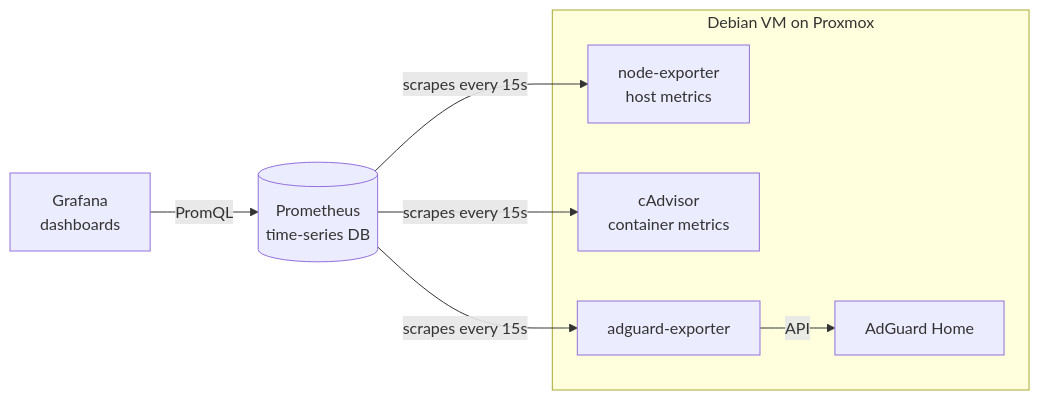
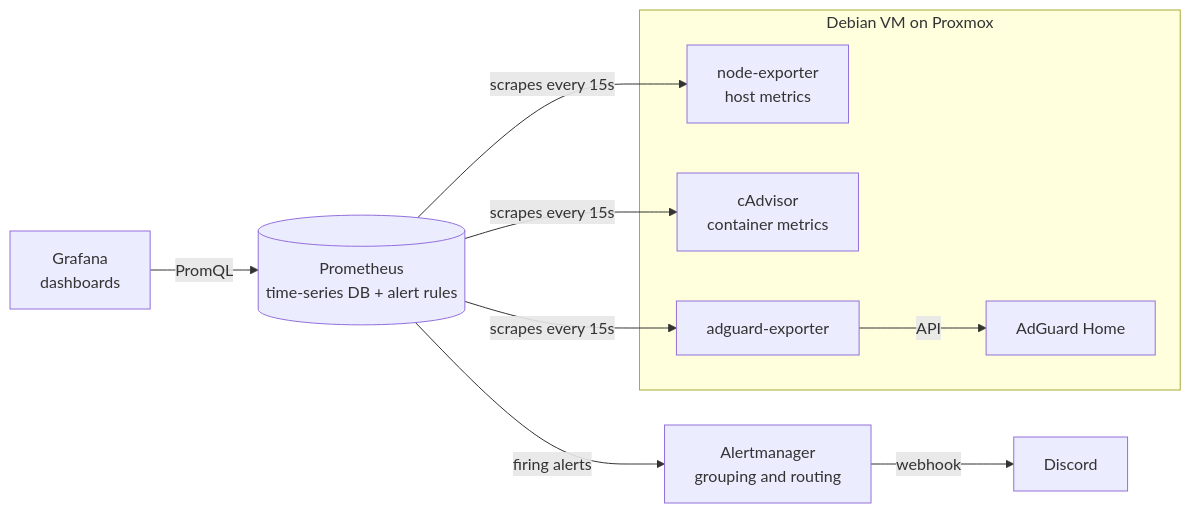
Before and after one commit to timcmorrison/homelab-monitoring: the diagram in README.md, drawn with Mermaid. The commit also changed other lines of this file, not shown here.

Commit message:
Update README with alerting and revised roadmap

````diff
--- a/README.md
+++ b/README.md
@@ -7,16 +7,20 @@
 ```mermaid
 flowchart LR
-    subgraph Debian VM on Proxmox
+    subgraph VM[Debian VM on Proxmox]
         NE[node-exporter<br/>host metrics]
         CA[cAdvisor<br/>container metrics]
         AG[AdGuard Home]
         AE[adguard-exporter]
         AE -- API --> AG
     end
-    P[(Prometheus<br/>time-series DB)]
+    P[(Prometheus<br/>time-series DB + alert rules)]
     G[Grafana<br/>dashboards]
+    AM[Alertmanager<br/>grouping and routing]
+    D[Discord]
     P -- scrapes every 15s --> NE
     P -- scrapes every 15s --> CA
     P -- scrapes every 15s --> AE
     G -- PromQL --> P
+    P -- firing alerts --> AM
+    AM -- webhook --> D
 ```
````
